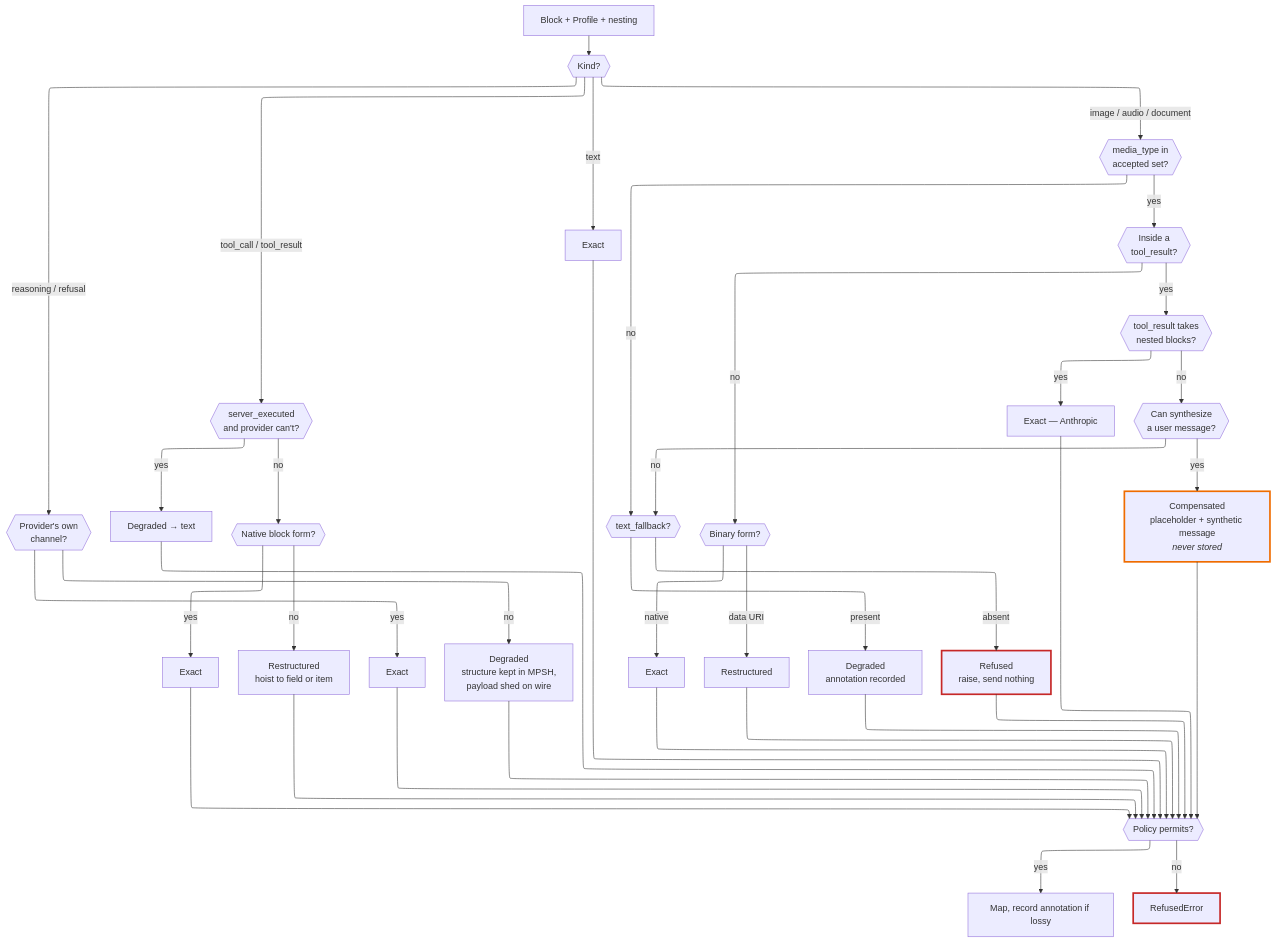
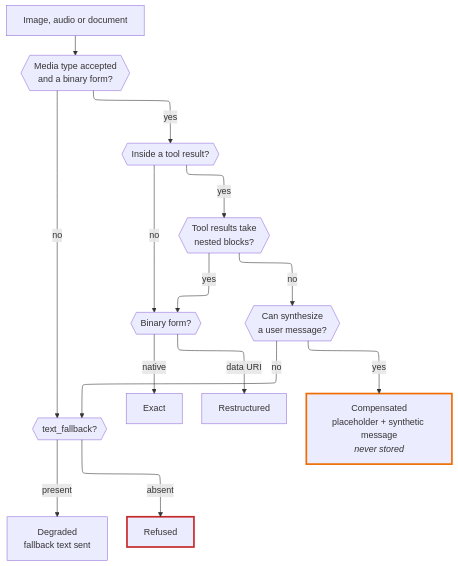
One commit to ModelArmy/liaison.cr changed the fifth of 6 diagrams in DEVELOPMENT.md. Above: the diagram before and after it, drawn with Mermaid. The commit also changed other lines of this file and 74 other files, not shown here.

````diff
--- a/DEVELOPMENT.md
+++ b/DEVELOPMENT.md
@@ -277,46 +401,25 @@
 ```mermaid
 ---
 config:
   layout: elk
 ---
 flowchart TD
-    A["Block + Profile + nesting"] --> B{{"Kind?"}}
-
-    B -->|text| X1["Exact"]
-    B -->|tool_call / tool_result| TC{{"server_executed<br/>and provider can't?"}}
-    B -->|reasoning / refusal| RR{{"Provider's own<br/>channel?"}}
-    B -->|image / audio / document| MT{{"media_type in<br/>accepted set?"}}
-
-    TC -->|yes| X4a["Degraded → text"]
-    TC -->|no| TF{{"Native block form?"}}
-    TF -->|yes| X1b["Exact"]
-    TF -->|no| X2["Restructured<br/>hoist to field or item"]
-
-    RR -->|yes| X1c["Exact"]
-    RR -->|no| X4b["Degraded<br/>structure kept in MPSH,<br/>payload shed on wire"]
-
+    B["Image, audio or document"] --> MT{{"Media type accepted<br/>and a binary form?"}}
     MT -->|no| FB{{"text_fallback?"}}
-    MT -->|yes| NEST{{"Inside a<br/>tool_result?"}}
+    MT -->|yes| NEST{{"Inside a tool result?"}}
     NEST -->|no| FORM{{"Binary form?"}}
-    NEST -->|yes| TRF{{"tool_result takes<br/>nested blocks?"}}
-
-    FORM -->|native| X1d["Exact"]
-    FORM -->|data URI| X2b["Restructured"]
-
-    TRF -->|yes| X1e["Exact — Anthropic"]
-    TRF -->|no| SYN{{"Can synthesize<br/>a user message?"}}
+    FORM -->|native| X1["Exact"]
+    FORM -->|data URI| X2["Restructured"]
+    NEST -->|yes| TRB{{"Tool results take<br/>nested blocks?"}}
+    TRB -->|yes| FORM
+    TRB -->|no| SYN{{"Can synthesize<br/>a user message?"}}
     SYN -->|yes| X3["Compensated<br/>placeholder + synthetic message<br/><i>never stored</i>"]
     SYN -->|no| FB
-
-    FB -->|present| X4c["Degraded<br/>annotation recorded"]
-    FB -->|absent| X5["Refused<br/>raise, send nothing"]
-
-    X1 & X1b & X1c & X1d & X1e & X2 & X2b & X3 & X4a & X4b & X4c & X5 --> POL{{"Policy permits?"}}
-    POL -->|yes| OUT["Map, record annotation if lossy"]
-    POL -->|no| ERR["RefusedError"]
+    FB -->|present| X4["Degraded<br/>fallback text sent"]
+    FB -->|absent| X5["Refused"]
 
     classDef compensated stroke:#ef6c00,stroke-width:3px
     classDef refused stroke:#c62828,stroke-width:3px
     class X3 compensated
-    class X5,ERR refused
+    class X5 refused
 ```
````
